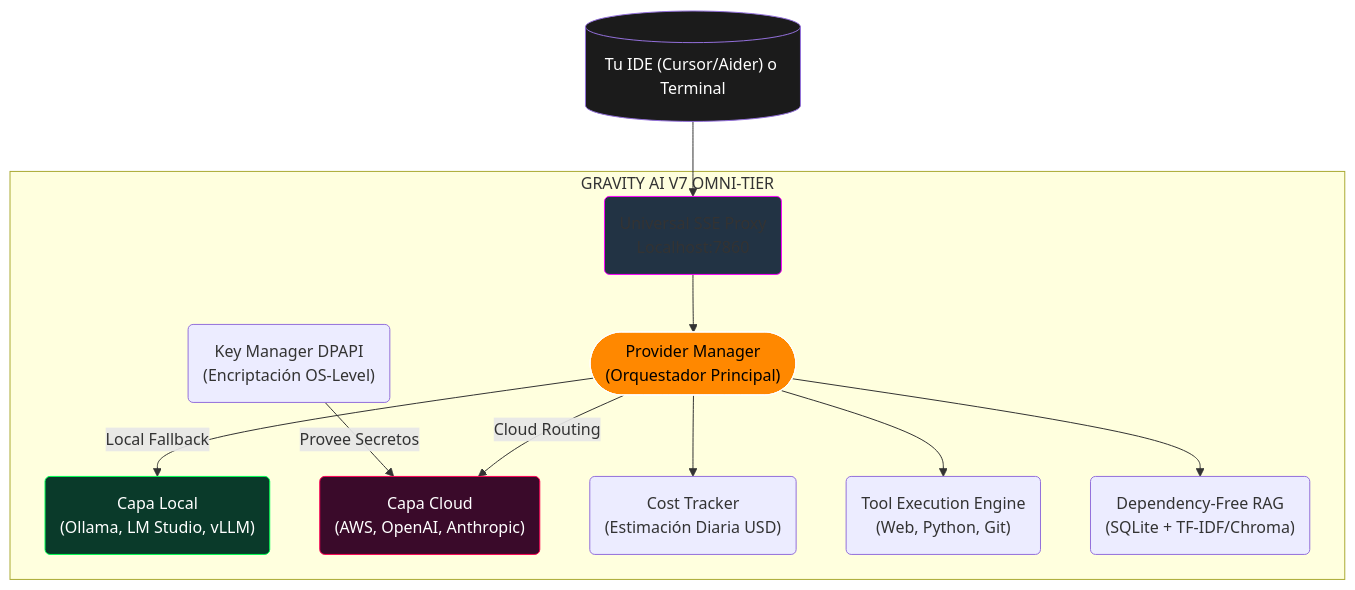
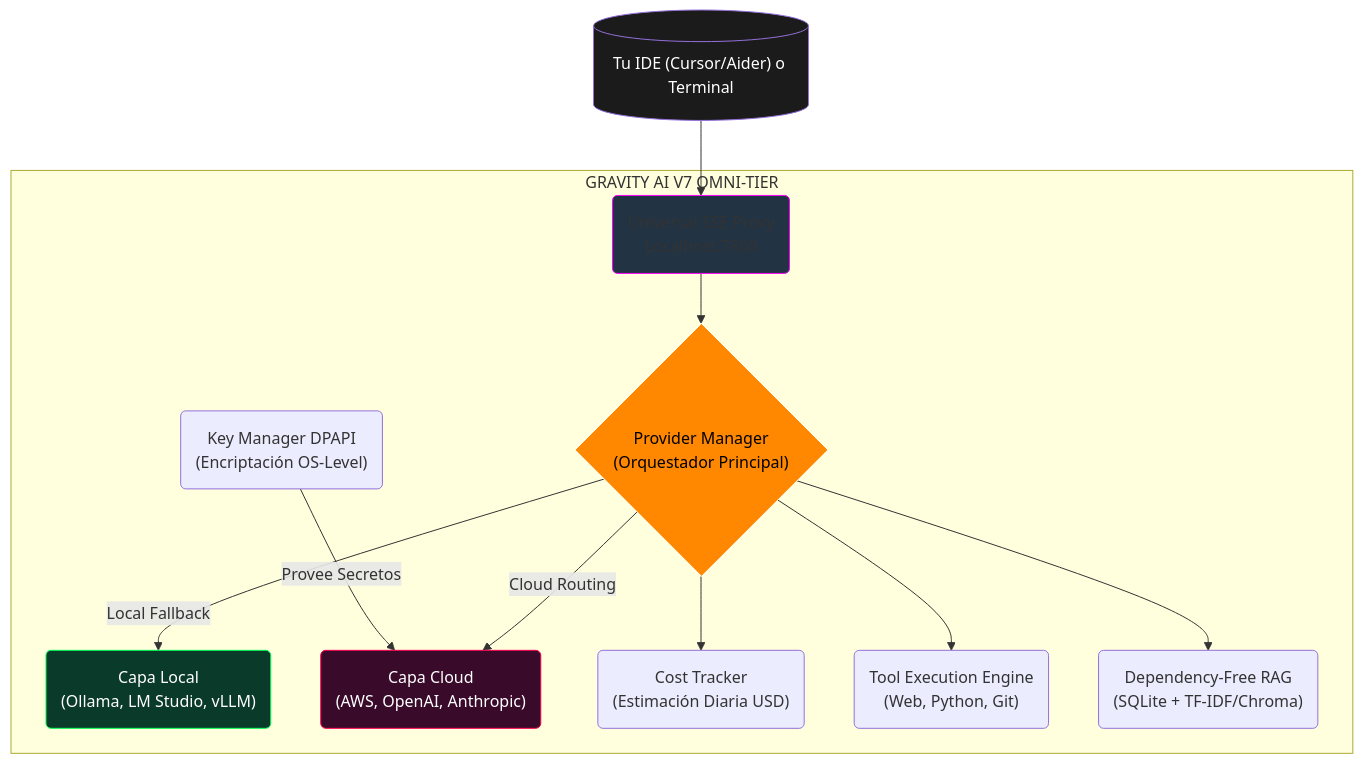
Before and after one commit to DarckRovert/Gravity_AI_bridge: the diagram in README.md, drawn with Mermaid.

Commit message:
fix(docs): Corregido parser Mermaid en README.md \n a <br> y escape de ids github-compatibles

````diff
--- a/README.md
+++ b/README.md
@@ -33,24 +33,24 @@
 ```mermaid
 graph TD;
-    U[("Tu IDE (Cursor/Aider) o Terminal")] --> server("Universal SSE Proxy\nLocalhost:7860");
+    U[("Tu IDE (Cursor/Aider) o Terminal")] --> server("Universal SSE Proxy<br>Localhost:7860");
     
     subgraph "GRAVITY AI V7 OMNI-TIER"
-        server --> PM(["Provider Manager\n(Orquestador Principal)"]);
+        server --> PM{"Provider Manager<br>(Orquestador Principal)"};
         
-        PM -->|Local Fallback| local("Capa Local\n(Ollama, LM Studio, vLLM)")
-        PM -->|Cloud Routing| cloud("Capa Cloud\n(AWS, OpenAI, Anthropic)")
+        PM -->|Local Fallback| localNode("Capa Local<br>(Ollama, LM Studio, vLLM)");
+        PM -->|Cloud Routing| cloudNode("Capa Cloud<br>(AWS, OpenAI, Anthropic)");
         
-        PM --> cost("Cost Tracker\n(Estimación Diaria USD)")
+        PM --> cost("Cost Tracker<br>(Estimación Diaria USD)");
         
-        KM("Key Manager DPAPI\n(Encriptación OS-Level)") -->|Provee Secretos| cloud
+        KM("Key Manager DPAPI<br>(Encriptación OS-Level)") -->|Provee Secretos| cloudNode;
         
-        PM --> tools("Tool Execution Engine\n(Web, Python, Git)")
-        PM --> rag("Dependency-Free RAG\n(SQLite + TF-IDF/Chroma)")
+        PM --> tools("Tool Execution Engine<br>(Web, Python, Git)");
+        PM --> rag("Dependency-Free RAG<br>(SQLite + TF-IDF/Chroma)");
     end
     
     style U fill:#1b1b1b,stroke:#0ffff,color:#fff
     style server fill:#223344,stroke:#ff00ff
     style PM fill:#ff8800,stroke:#ffffff,color:#000
-    style local fill:#0a3a2a,stroke:#00ff55,color:#fff
-    style cloud fill:#3a0a2a,stroke:#ff0055,color:#fff
+    style localNode fill:#0a3a2a,stroke:#00ff55,color:#fff
+    style cloudNode fill:#3a0a2a,stroke:#ff0055,color:#fff
 ```
````
